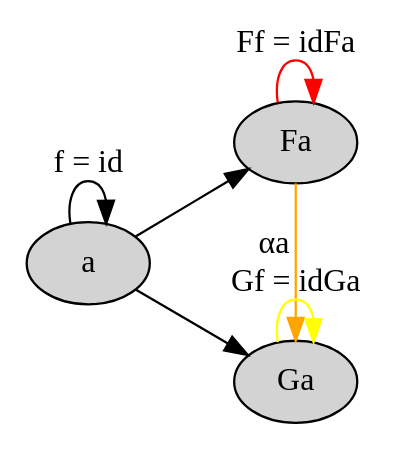
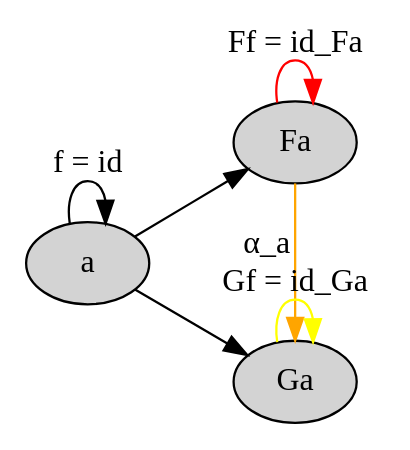
Before and after one commit to evenbrenden/ct4p-challenges: the diagram in chapter17-challenge1-part5.dot, drawn with Graphviz. The commit also changed 25 other files, not shown here.

```diff
--- a/chapter17-challenge1-part5.dot
+++ b/chapter17-challenge1-part5.dot
@@ -1,18 +1,18 @@
 digraph {
   node [style="filled" color="black" fillcolor="lightgray"]
 
   rankdir=LR
   { rank=same a }
   { rank=same Fa Ga }
 
   a [label="a"]
   Fa [label="Fa"]
   Ga [label="Ga"]
 
   a -> a [label="f = id"]
   a -> Fa
   a -> Ga
-  Fa -> Fa [label="Ff = idFa" color="red"]
-  Ga -> Ga [label="Gf = idGa" color="yellow"]
-  Fa -> Ga [xlabel="αa" color="orange"]
+  Fa -> Fa [label="Ff = id_Fa" color="red"]
+  Ga -> Ga [label="Gf = id_Ga" color="yellow"]
+  Fa -> Ga [xlabel="α_a" color="orange"]
 }
```
